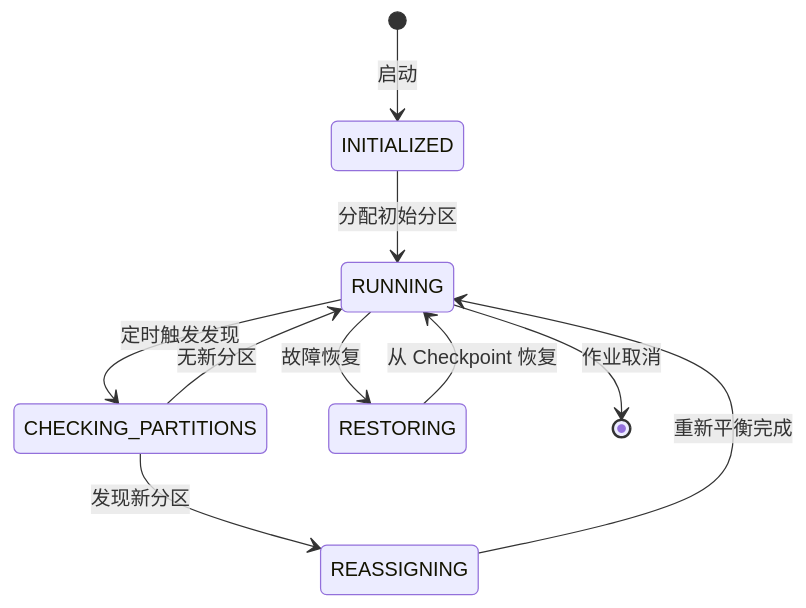
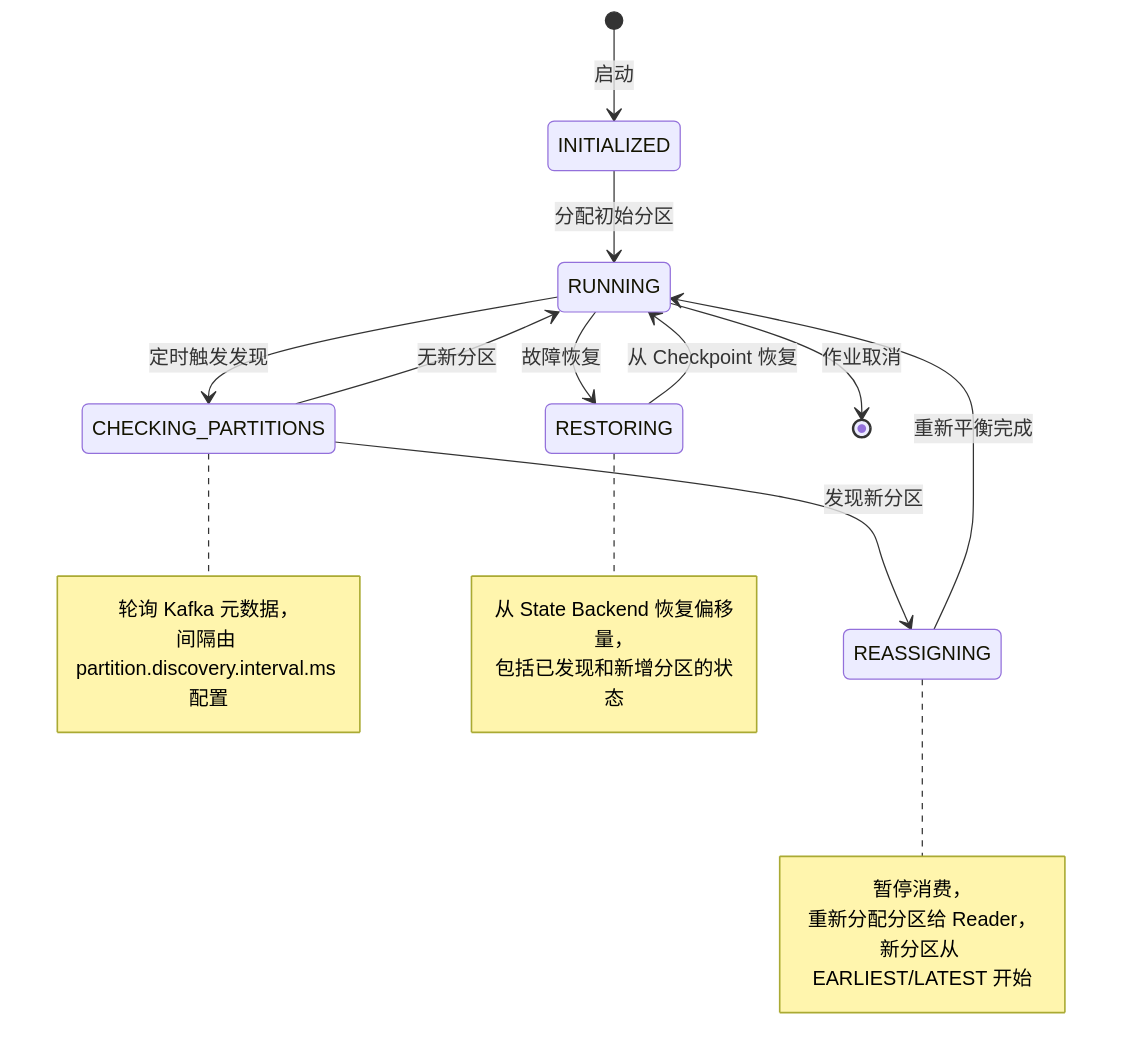
One commit to AdaMartin18010/AnalysisDataFlow changed the fourth of 4 diagrams in Flink/04-connectors/kafka-integration-patterns.md. Above: the diagram before and after it, drawn with Mermaid. The commit also changed other lines of this file and 10 other files, not shown here.

````diff
--- a/Flink/04-connectors/kafka-integration-patterns.md
+++ b/Flink/04-connectors/kafka-integration-patterns.md
@@ -384,12 +548,33 @@
 ```mermaid
 stateDiagram-v2
     [*] --> INITIALIZED: 启动
+
     INITIALIZED --> RUNNING: 分配初始分区
+
     RUNNING --> CHECKING_PARTITIONS: 定时触发发现
     CHECKING_PARTITIONS --> RUNNING: 无新分区
     CHECKING_PARTITIONS --> REASSIGNING: 发现新分区
+
     REASSIGNING --> RUNNING: 重新平衡完成
+
     RUNNING --> RESTORING: 故障恢复
     RESTORING --> RUNNING: 从 Checkpoint 恢复
+
     RUNNING --> [*]: 作业取消
+
+    note right of CHECKING_PARTITIONS
+        轮询 Kafka 元数据，
+        间隔由 partition.discovery.interval.ms 配置
+    end note
+
+    note right of REASSIGNING
+        暂停消费，
+        重新分配分区给 Reader，
+        新分区从 EARLIEST/LATEST 开始
+    end note
+
+    note right of RESTORING
+        从 State Backend 恢复偏移量，
+        包括已发现和新增分区的状态
+    end note
 ```
````
